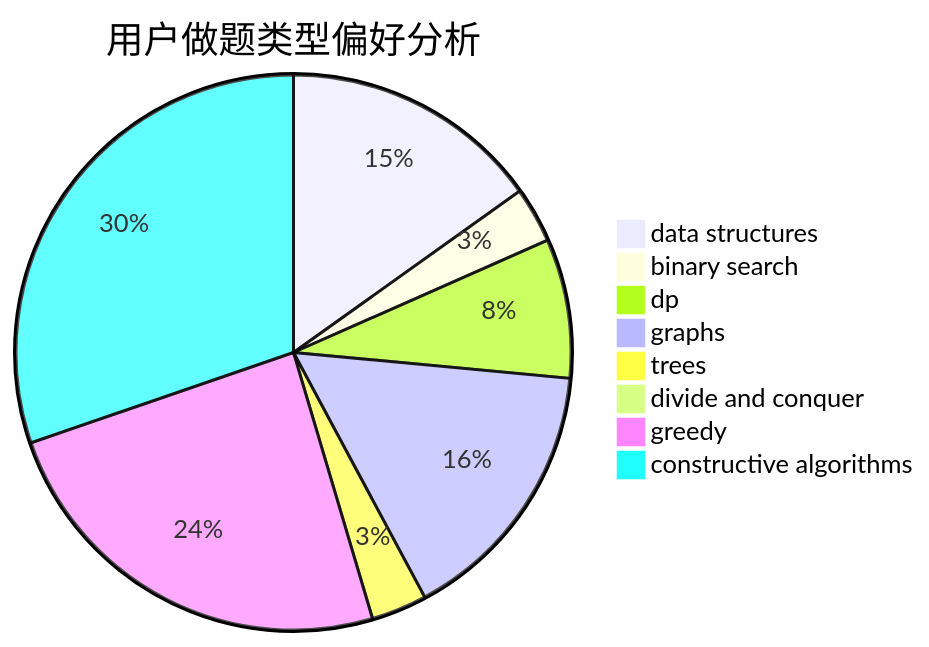
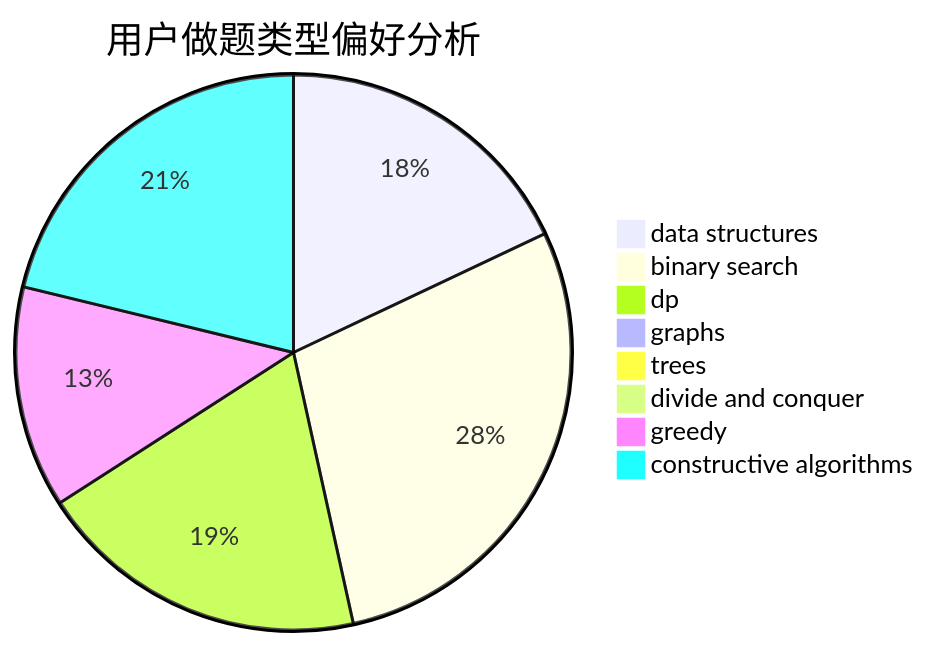
Before and after one commit to sherpahu/cfrs.github.io: the second of 3 diagrams in docs/user/u711.md, drawn with Mermaid. The commit also changed other lines of this file and 2770 other files, not shown here.

````diff
--- a/docs/user/u711.md
+++ b/docs/user/u711.md
@@ -23,11 +23,11 @@
 ```mermaid
 pie title 用户做题类型偏好分析
-    "data structures" :  28
-    "binary search" :  6
-    "dp" :  15
-    "graphs" :  29
-    "trees" :  6
+    "data structures" :  39
+    "binary search" :  62
+    "dp" :  42
+    "graphs" :  1
+    "trees" :  0
     "divide and conquer" :  0
-    "greedy" :  45
-    "constructive algorithms" :  56
+    "greedy" :  28
+    "constructive algorithms" :  46
 ```
````
